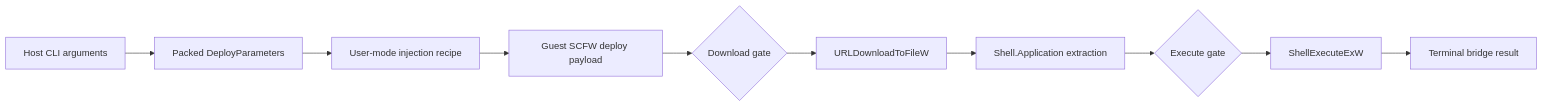
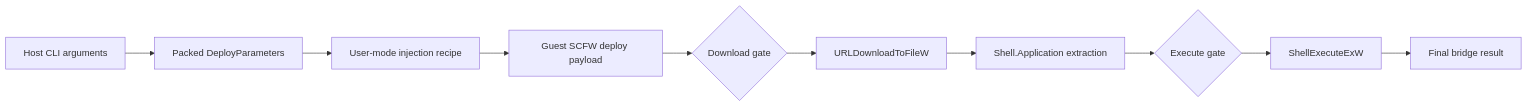
One commit to vmi-rs/vmi changed the first of 4 diagrams in examples/windows-bridge/deploy/README.md. Above: the diagram before and after it, drawn with Mermaid. The commit also changed other lines of this file and 18 other files, not shown here.

````diff
--- a/examples/windows-bridge/deploy/README.md
+++ b/examples/windows-bridge/deploy/README.md
@@ -16,12 +16,12 @@
 ```mermaid
 flowchart LR
     Args[Host CLI arguments] --> Params[Packed DeployParameters]
     Params --> Inject[User-mode injection recipe]
     Inject --> SCFW[Guest SCFW deploy payload]
     SCFW --> Gate1{Download gate}
     Gate1 --> Download[URLDownloadToFileW]
     Download --> Extract[Shell.Application extraction]
     Extract --> Gate2{Execute gate}
     Gate2 --> Execute[ShellExecuteExW]
-    Execute --> Result[Terminal bridge result]
+    Execute --> Result[Final bridge result]
 ```
````
